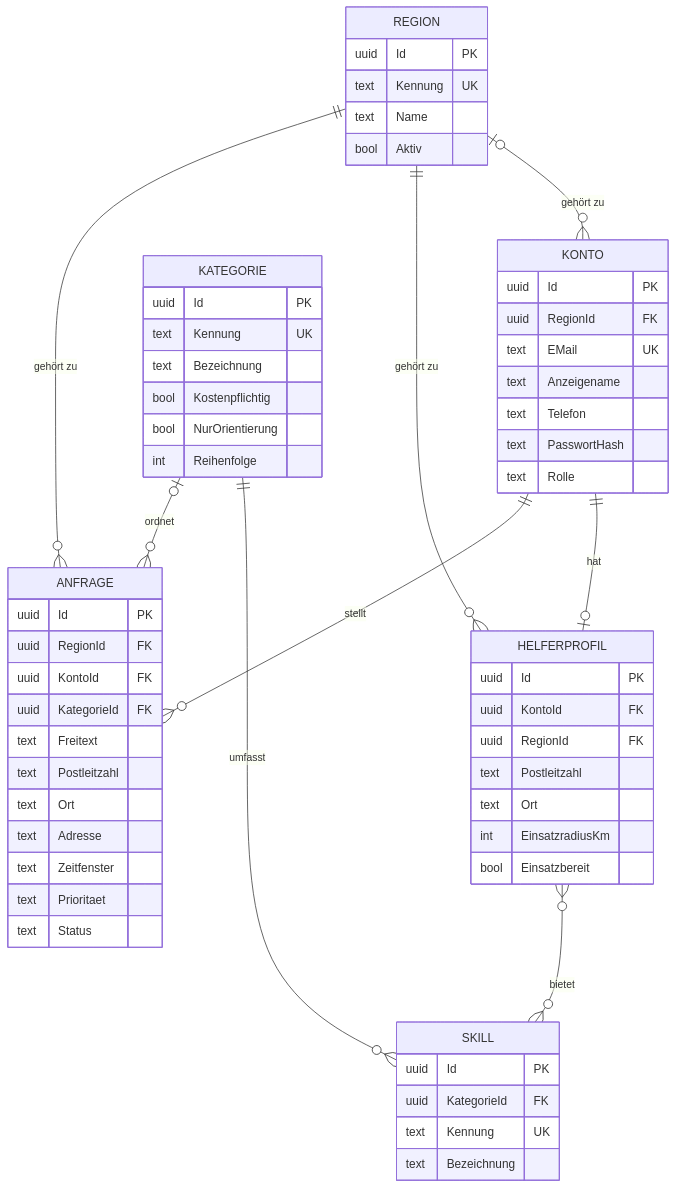
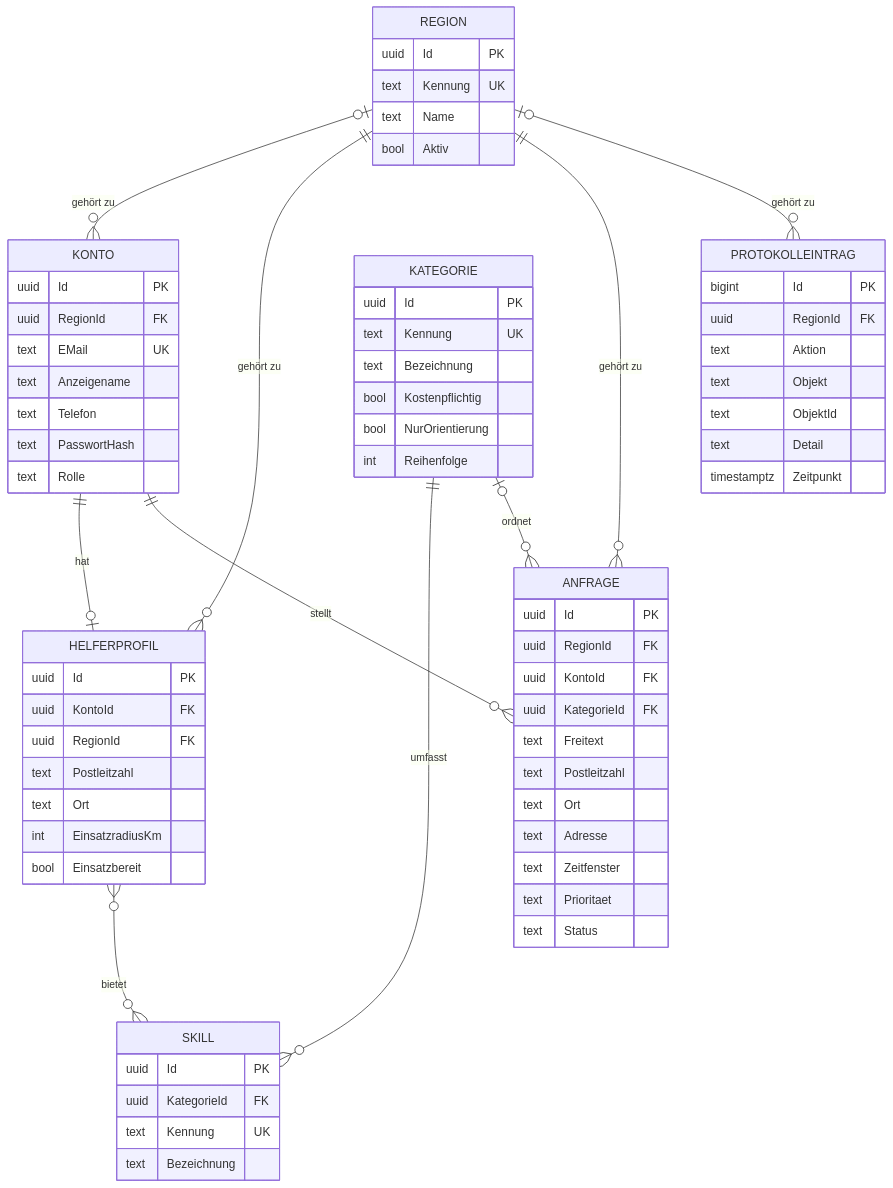
Before and after one commit to maliswiss/soforthilfe-bern-mittelland: the diagram in docs/datenmodell.md, drawn with Mermaid. The commit also changed other lines of this file and 26 other files, not shown here.

````diff
--- a/docs/datenmodell.md
+++ b/docs/datenmodell.md
@@ -7,63 +7,73 @@
 ```mermaid
 erDiagram
   REGION |o--o{ KONTO : "gehört zu"
   REGION ||--o{ HELFERPROFIL : "gehört zu"
   REGION ||--o{ ANFRAGE : "gehört zu"
+  REGION |o--o{ PROTOKOLLEINTRAG : "gehört zu"
   KONTO ||--o| HELFERPROFIL : hat
   KONTO ||--o{ ANFRAGE : stellt
   KATEGORIE ||--o{ SKILL : umfasst
   KATEGORIE |o--o{ ANFRAGE : ordnet
   HELFERPROFIL }o--o{ SKILL : bietet
 
   REGION {
     uuid Id PK
     text Kennung UK
     text Name
     bool Aktiv
   }
   KONTO {
     uuid Id PK
     uuid RegionId FK
     text EMail UK
     text Anzeigename
     text Telefon
     text PasswortHash
     text Rolle
   }
   KATEGORIE {
     uuid Id PK
     text Kennung UK
     text Bezeichnung
     bool Kostenpflichtig
     bool NurOrientierung
     int Reihenfolge
   }
   SKILL {
     uuid Id PK
     uuid KategorieId FK
     text Kennung UK
     text Bezeichnung
   }
   HELFERPROFIL {
     uuid Id PK
     uuid KontoId FK
     uuid RegionId FK
     text Postleitzahl
     text Ort
     int EinsatzradiusKm
     bool Einsatzbereit
   }
   ANFRAGE {
     uuid Id PK
     uuid RegionId FK
     uuid KontoId FK
     uuid KategorieId FK
     text Freitext
     text Postleitzahl
     text Ort
     text Adresse
     text Zeitfenster
     text Prioritaet
     text Status
   }
+  PROTOKOLLEINTRAG {
+    bigint Id PK
+    uuid RegionId FK
+    text Aktion
+    text Objekt
+    text ObjektId
+    text Detail
+    timestamptz Zeitpunkt
+  }
 ```
````
